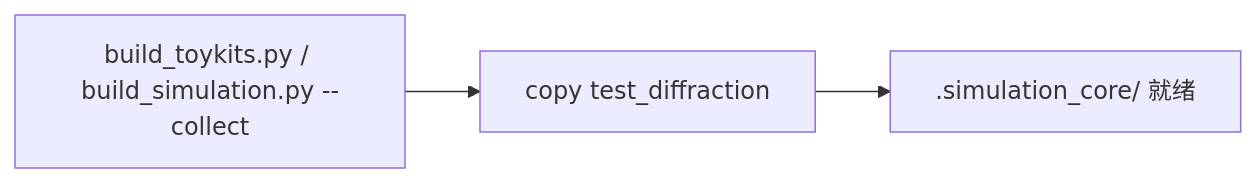
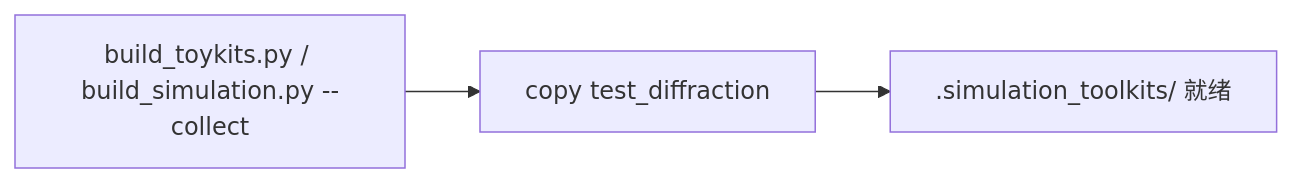
The fourth of 4 diagrams in scripts/simulation_toykits_deploy.md (likooooo/simulation_toykits), drawn with Mermaid before and after one commit. The commit also changed other lines of this file and 66 other files, not shown here.

````diff
--- a/scripts/simulation_toykits_deploy.md
+++ b/scripts/simulation_toykits_deploy.md
@@ -167,7 +165,7 @@
 ```mermaid
 flowchart LR
   build["build_toykits.py / build_simulation.py --collect"]
   diff["copy test_diffraction"]
-  runtime[".simulation_core/ 就绪"]
+  runtime[".simulation_toolkits/ 就绪"]
   build --> diff --> runtime
 ```
````
